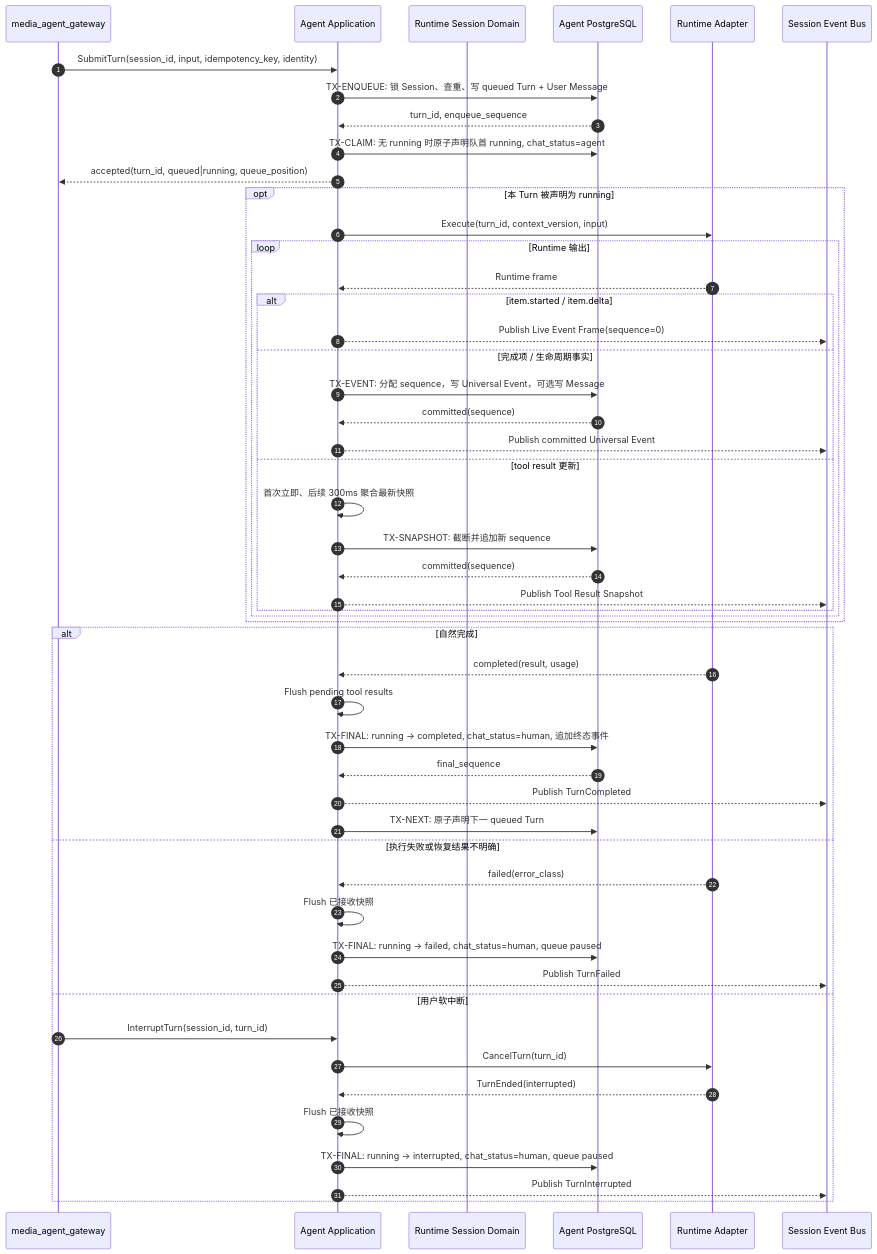
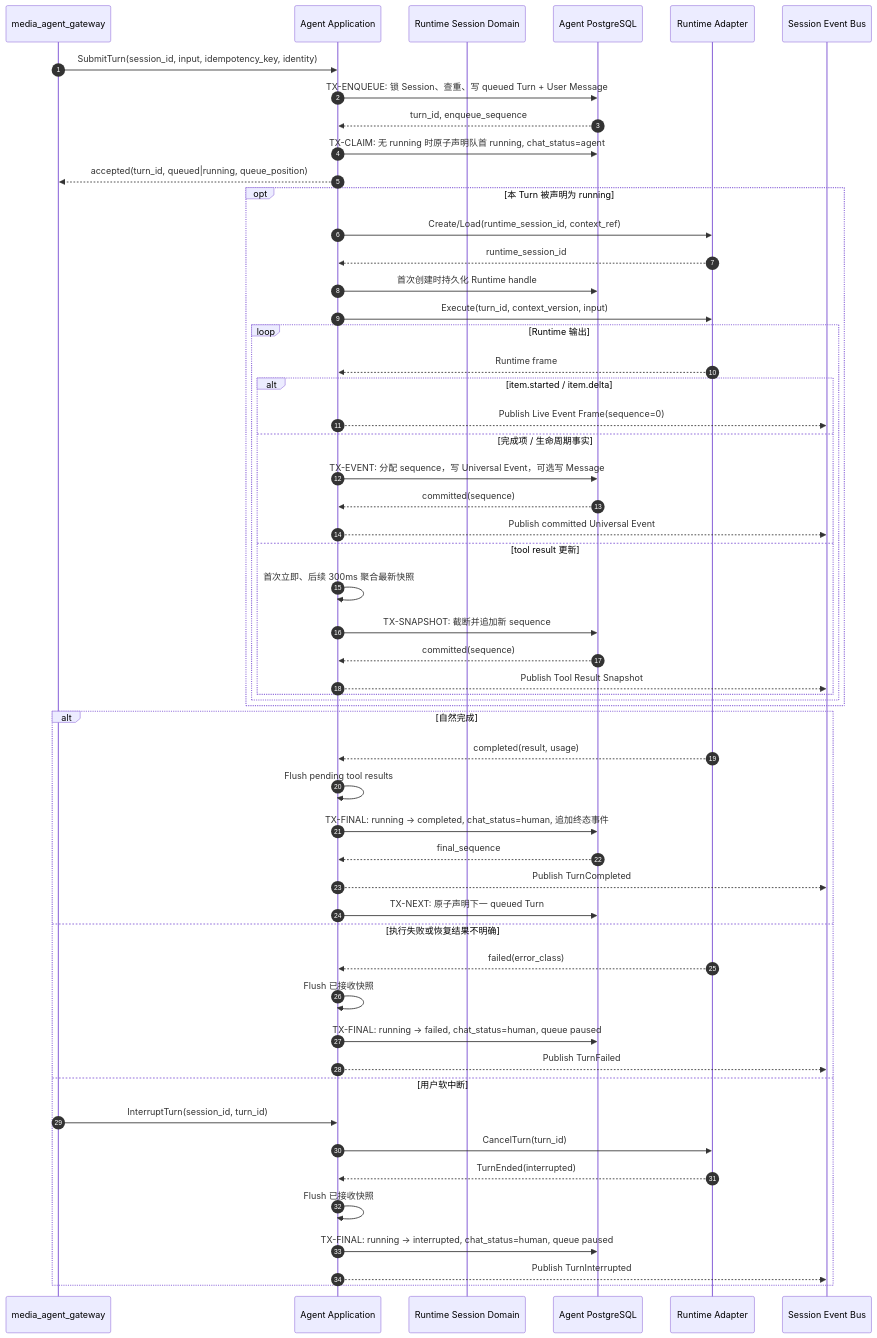
One commit to hotttao/media_agent changed the diagram in docs/ddd/media_agents/workflow/0001-execute_turn/execute_turn.md. Above: the diagram before and after it, drawn with Mermaid. The commit also changed other lines of this file and 42 other files, not shown here.

````diff
--- a/docs/ddd/media_agents/workflow/0001-execute_turn/execute_turn.md
+++ b/docs/ddd/media_agents/workflow/0001-execute_turn/execute_turn.md
@@ -30,56 +30,59 @@
 ```mermaid
 sequenceDiagram
     autonumber
     participant G as media_agent_gateway
     participant A as Agent Application
     participant D as Runtime Session Domain
     participant DB as Agent PostgreSQL
     participant R as Runtime Adapter
     participant B as Session Event Bus
 
     G->>A: SubmitTurn(session_id, input, idempotency_key, identity)
     A->>DB: TX-ENQUEUE: 锁 Session、查重、写 queued Turn + User Message
     DB-->>A: turn_id, enqueue_sequence
     A->>DB: TX-CLAIM: 无 running 时原子声明队首 running, chat_status=agent
     A-->>G: accepted(turn_id, queued|running, queue_position)
 
     opt 本 Turn 被声明为 running
+        A->>R: Create/Load(runtime_session_id, context_ref)
+        R-->>A: runtime_session_id
+        A->>DB: 首次创建时持久化 Runtime handle
         A->>R: Execute(turn_id, context_version, input)
         loop Runtime 输出
             R-->>A: Runtime frame
             alt item.started / item.delta
                 A-->>B: Publish Live Event Frame(sequence=0)
             else 完成项 / 生命周期事实
                 A->>DB: TX-EVENT: 分配 sequence，写 Universal Event，可选写 Message
                 DB-->>A: committed(sequence)
                 A-->>B: Publish committed Universal Event
             else tool result 更新
                 A->>A: 首次立即、后续 300ms 聚合最新快照
                 A->>DB: TX-SNAPSHOT: 截断并追加新 sequence
                 DB-->>A: committed(sequence)
                 A-->>B: Publish Tool Result Snapshot
             end
         end
     end
 
     alt 自然完成
         R-->>A: completed(result, usage)
         A->>A: Flush pending tool results
         A->>DB: TX-FINAL: running -> completed, chat_status=human, 追加终态事件
         DB-->>A: final_sequence
         A-->>B: Publish TurnCompleted
         A->>DB: TX-NEXT: 原子声明下一 queued Turn
     else 执行失败或恢复结果不明确
         R-->>A: failed(error_class)
         A->>A: Flush 已接收快照
         A->>DB: TX-FINAL: running -> failed, chat_status=human, queue paused
         A-->>B: Publish TurnFailed
     else 用户软中断
         G->>A: InterruptTurn(session_id, turn_id)
         A->>R: CancelTurn(turn_id)
         R-->>A: TurnEnded(interrupted)
         A->>A: Flush 已接收快照
         A->>DB: TX-FINAL: running -> interrupted, chat_status=human, queue paused
         A-->>B: Publish TurnInterrupted
     end
 ```
````
